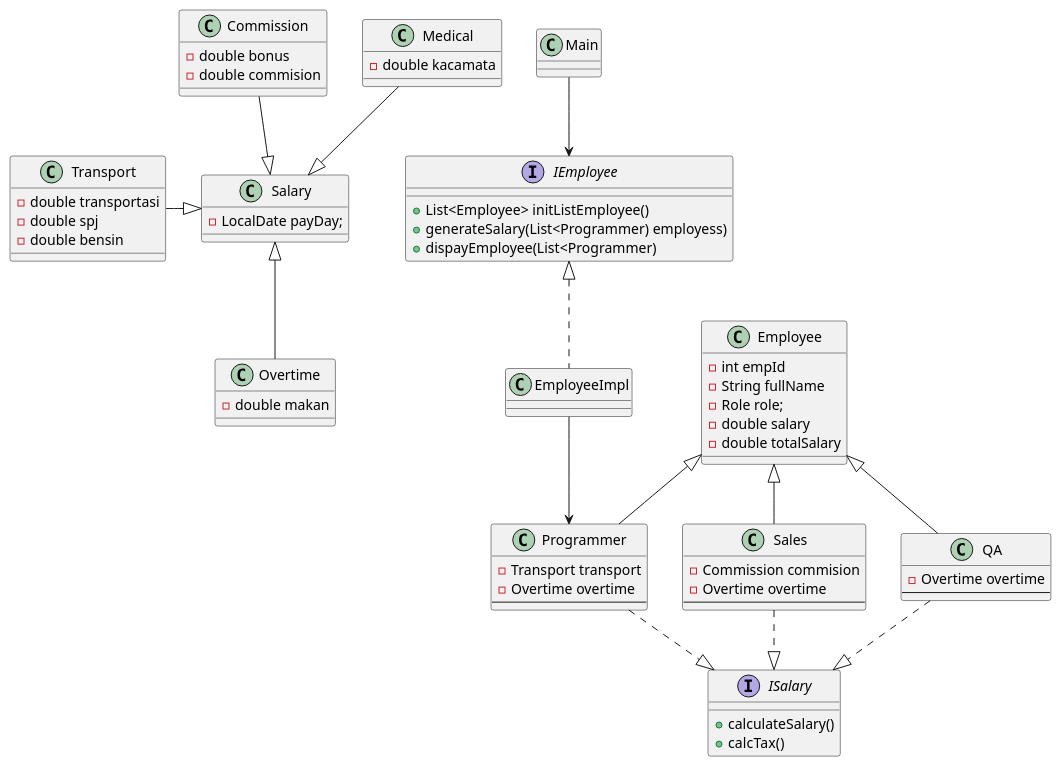
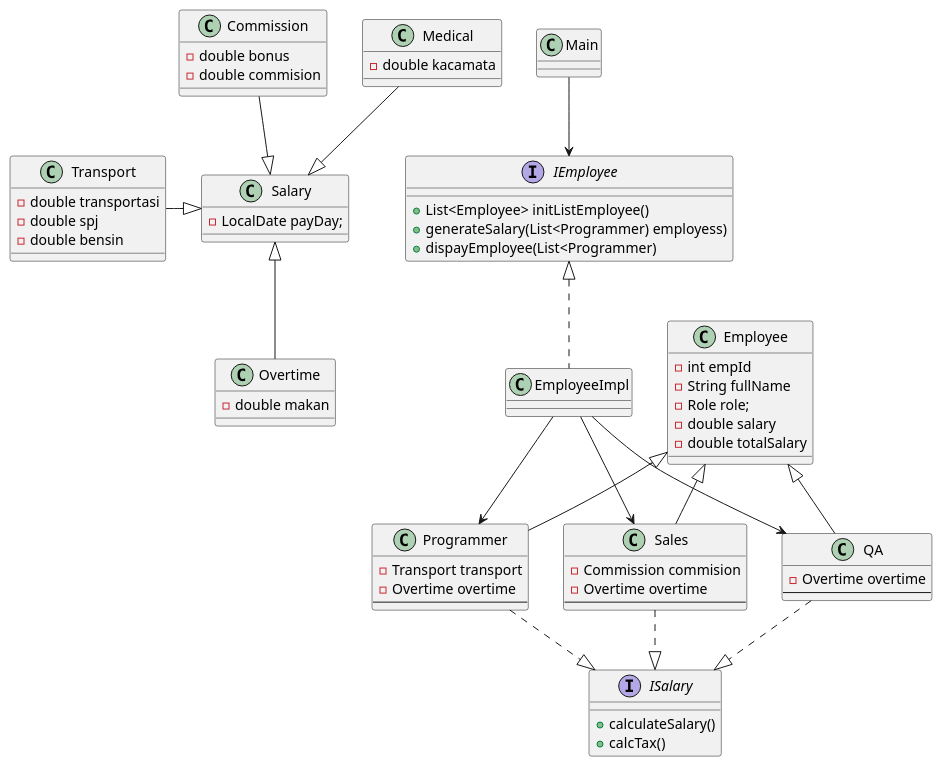
One commit to Haniff-Toha/challenge_codeID_MH changed the diagram in HR/02-03-hr.puml. Above: the diagram before and after it, drawn with PlantUML. The commit also changed 104 other files, not shown here.

```diff
--- a/HR/02-03-hr.puml
+++ b/HR/02-03-hr.puml
@@ -1,83 +1,85 @@
 @startuml hr-class
 
 class Main{
 
 }
 
 interface IEmployee{
     +List<Employee> initListEmployee()
     +generateSalary(List<Programmer) employess)
     +dispayEmployee(List<Programmer)
 }
 
 class EmployeeImpl implements IEmployee{
 
 }
 
 interface ISalary{
     +calculateSalary()
     +calcTax()
 }
 
 class Salary{
     - LocalDate payDay;
 }
 
 class Commission {
     -double bonus
     -double commision
 }
 
 class Transport {
     -double transportasi
     -double spj
     -double bensin
 }
 
 class Overtime {
     -double makan
 }
 
 class Medical {
     - double kacamata
 }
 
 
 class Employee{
     -int empId
     -String fullName
     -Role role;
     -double salary
     -double totalSalary
 }
 
 class Programmer extends Employee{
     - Transport transport
     - Overtime overtime
     --
 }
 
 class Sales extends Employee{
     - Commission commision
     - Overtime overtime
     --
 }
 
 class QA extends Employee{
     - Overtime overtime
     --
 }
 
 Main --> IEmployee
 EmployeeImpl --> Programmer
+EmployeeImpl --> Sales
+EmployeeImpl --> QA
 
 Commission -down-|> Salary
 Overtime -up-|> Salary
 Transport -right-|> Salary
 Medical --|> Salary
 
 Programmer ..|> ISalary
 Sales ..|> ISalary
 QA ..|> ISalary
 
 @enduml
```
